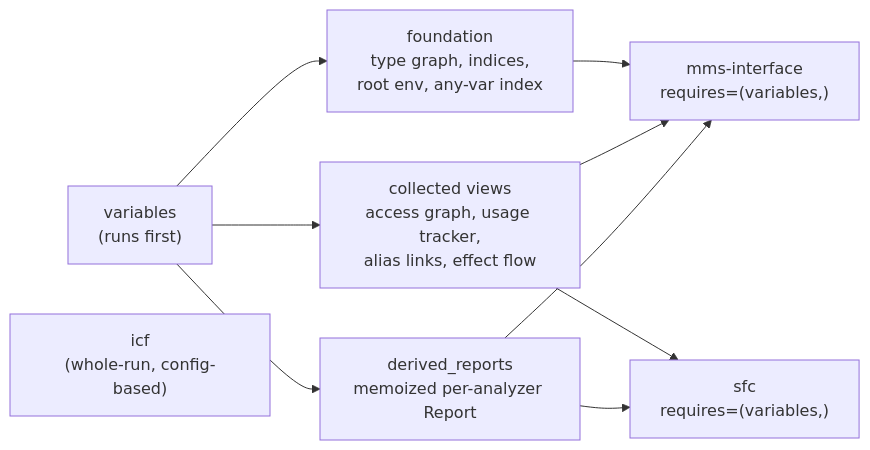
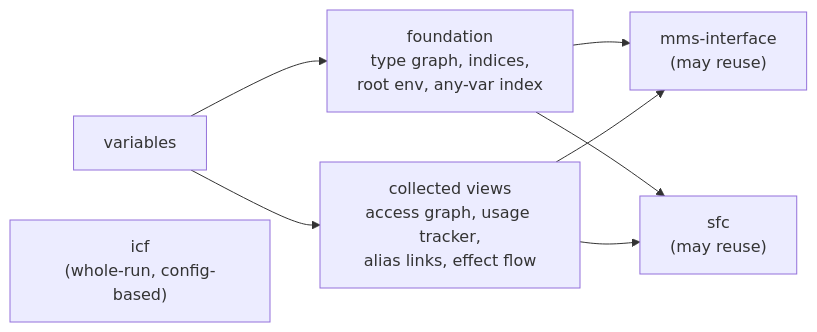
One commit to SorenHJohansen/SattLint changed the fifth of 5 diagrams in ARCHITECTURE.md. Above: the diagram before and after it, drawn with Mermaid. The commit also changed other lines of this file and 69 other files, not shown here.

````diff
--- a/ARCHITECTURE.md
+++ b/ARCHITECTURE.md
@@ -156,19 +151,17 @@
 ```mermaid
 flowchart LR
-    V["variables<br/>(runs first)"]
+    V["variables"]
     F["foundation<br/>type graph, indices,<br/>root env, any-var index"]
     CV["collected views<br/>access graph, usage tracker,<br/>alias links, effect flow"]
-    DR["derived_reports<br/>memoized per-analyzer Report"]
-    MMS["mms-interface<br/>requires=(variables,)"]
-    SFC["sfc<br/>requires=(variables,)"]
+    MMS["mms-interface<br/>(may reuse)"]
+    SFC["sfc<br/>(may reuse)"]
     ICF["icf<br/>(whole-run, config-based)"]
 
     V --> F
     V --> CV
-    V --> DR
     F --> MMS
     CV --> MMS
+    F --> SFC
     CV --> SFC
-    DR --> MMS
-    DR --> SFC
+    ICF
 ```
````
